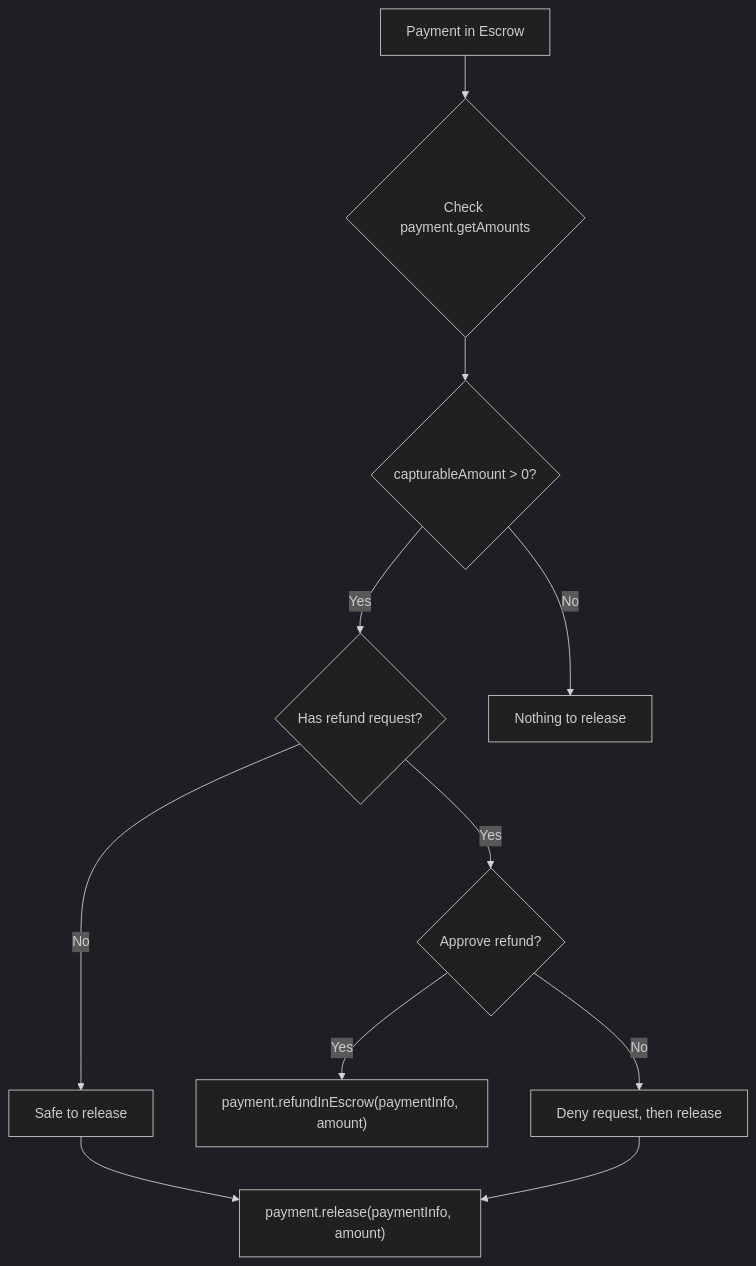
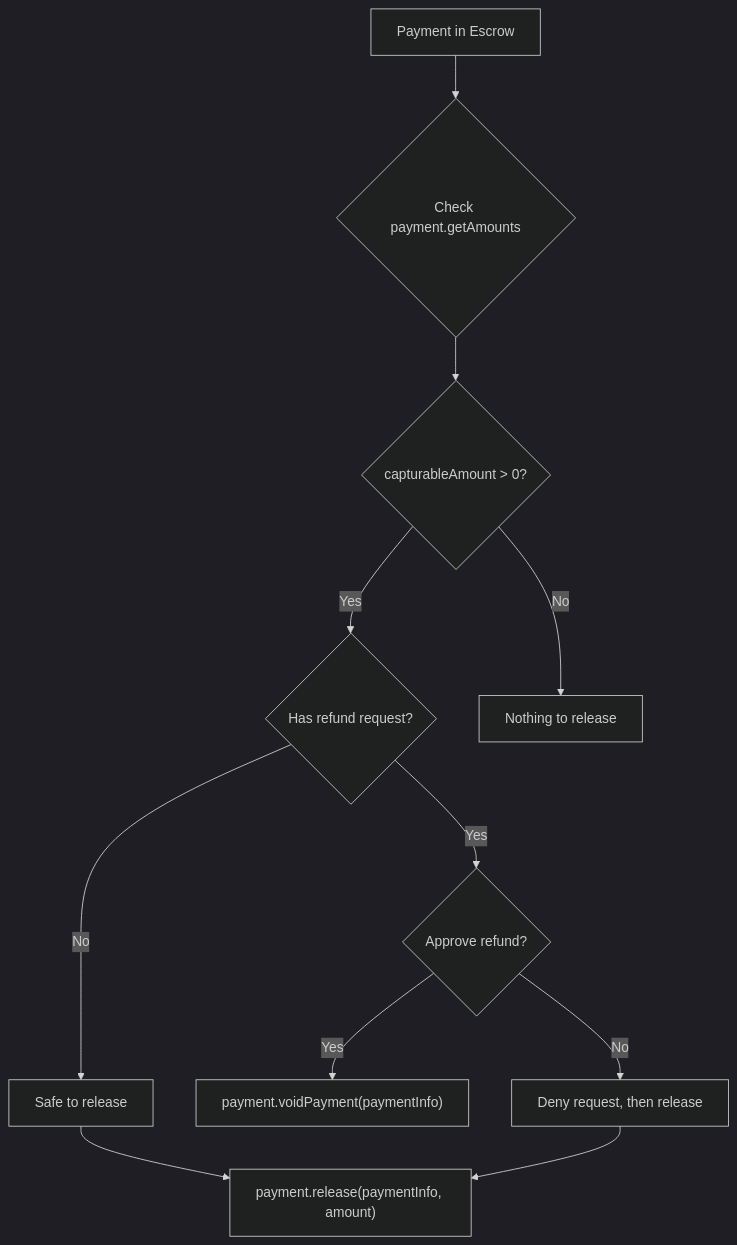
One commit to BackTrackCo/docs changed the diagram in sdk/merchant/payment-operations.mdx. Above: the diagram before and after it, drawn with Mermaid (dark theme). The commit also changed other lines of this file and 31 other files, not shown here.

````diff
--- a/sdk/merchant/payment-operations.mdx
+++ b/sdk/merchant/payment-operations.mdx
@@ -167,13 +167,13 @@
 ```mermaid
 flowchart TD
     A[Payment in Escrow] --> B{Check payment.getAmounts}
     B --> C{capturableAmount > 0?}
     C -->|Yes| D{Has refund request?}
     C -->|No| E[Nothing to release]
     D -->|No| F[Safe to release]
     D -->|Yes| G{Approve refund?}
     F --> H["payment.release(paymentInfo, amount)"]
-    G -->|Yes| I["payment.refundInEscrow(paymentInfo, amount)"]
+    G -->|Yes| I["payment.voidPayment(paymentInfo)"]
     G -->|No| J[Deny request, then release]
     J --> H
 ```
````
